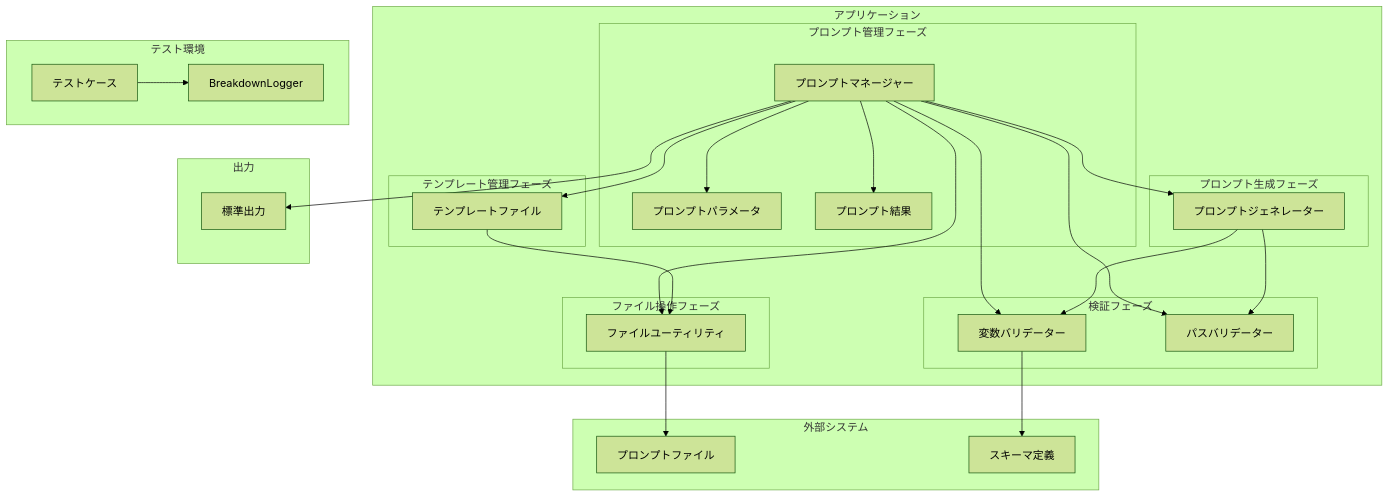
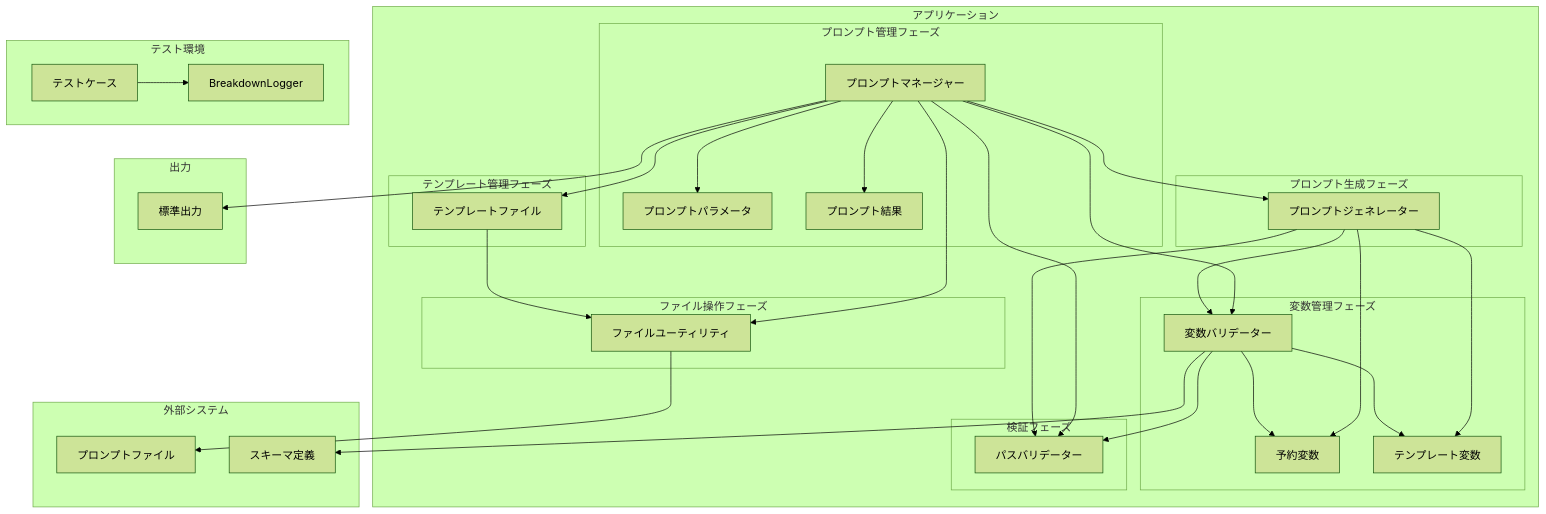
The diagram in docs/uml/component.md (tettuan/breakdownprompt), drawn with Mermaid (forest theme) before and after one commit. The commit also changed 11 other files, not shown here.

Commit message:
docs: update UML diagrams to reflect unified variable concepts and validation responsibilities

````diff
--- a/docs/uml/component.md
+++ b/docs/uml/component.md
@@ -1,59 +1,69 @@
 ```mermaid
 graph TB
     subgraph "アプリケーション"
         subgraph "プロンプト管理フェーズ"
             PM[プロンプトマネージャー]
             PP[プロンプトパラメータ]
             PR[プロンプト結果]
         end
 
         subgraph "プロンプト生成フェーズ"
             PG[プロンプトジェネレーター]
         end
 
         subgraph "テンプレート管理フェーズ"
             TF[テンプレートファイル]
         end
 
+        subgraph "変数管理フェーズ"
+            VV[変数バリデーター]
+            RV[予約変数]
+            TV[テンプレート変数]
+        end
+
         subgraph "検証フェーズ"
-            VV[変数バリデーター]
             PV[パスバリデーター]
         end
 
         subgraph "ファイル操作フェーズ"
             FU[ファイルユーティリティ]
         end
     end
 
     subgraph "外部システム"
         PF[プロンプトファイル]
         SC[スキーマ定義]
     end
 
     subgraph "出力"
         ST[標準出力]
     end
 
     PM --> PP
     PM --> PR
     PM --> PG
     PM --> TF
     PM --> VV
     PM --> PV
     PM --> FU
 
     PG --> VV
     PG --> PV
+    PG --> RV
+    PG --> TV
 
     TF --> FU
     FU --> PF
     VV --> SC
+    VV --> RV
+    VV --> TV
+    VV --> PV
     PM --> ST
 
     subgraph "テスト環境"
         BL[BreakdownLogger]
         TST[テストケース]
     end
 
     TST --> BL
 ```
````
